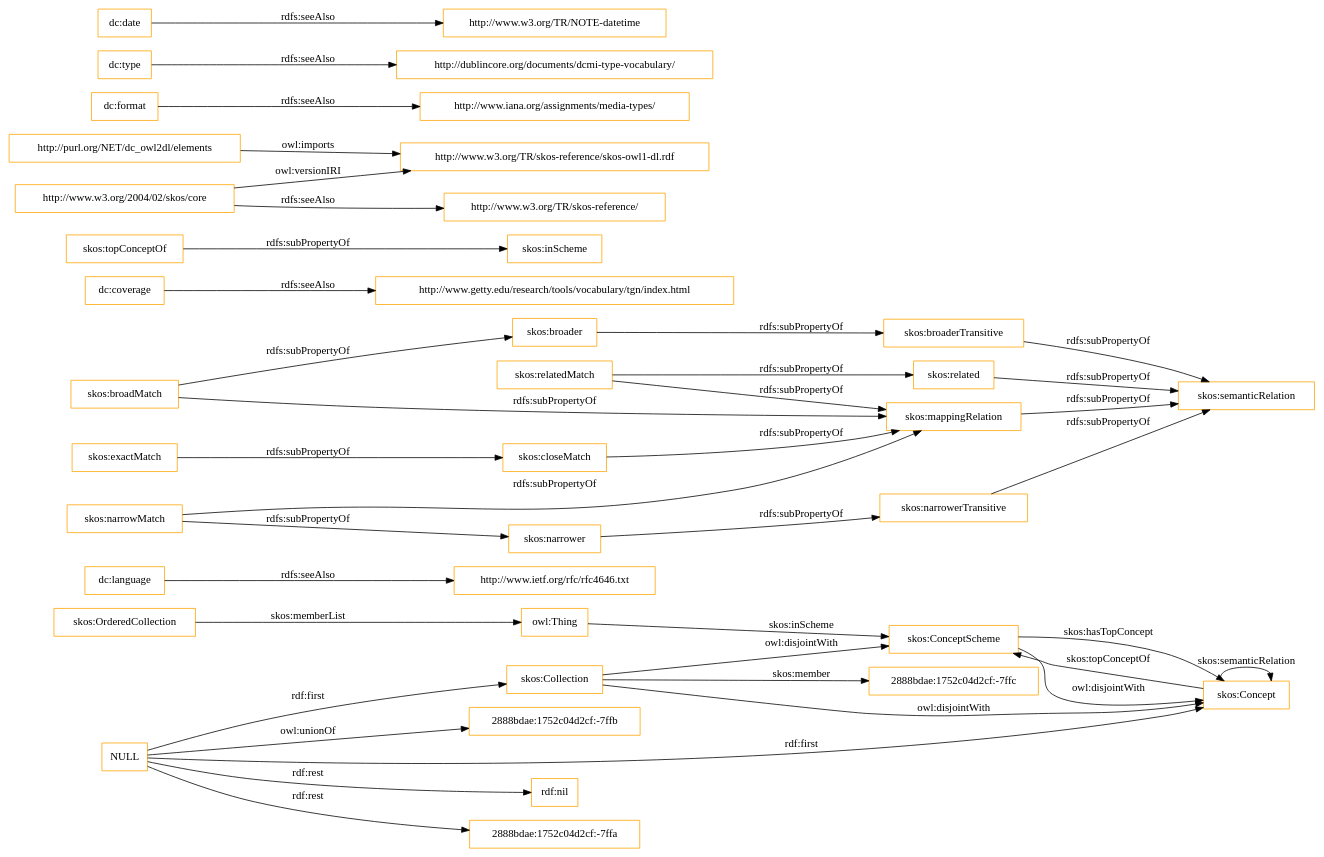
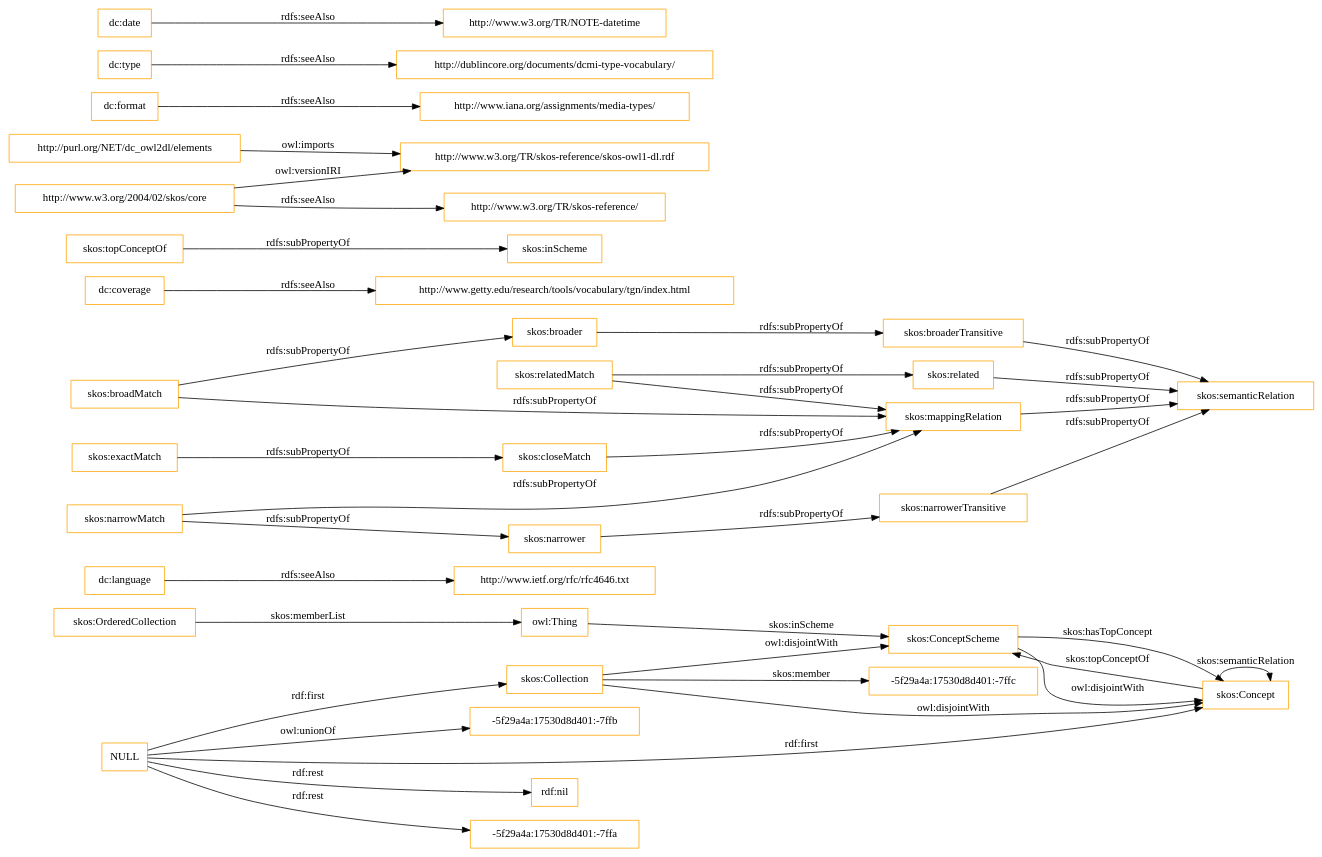
Before and after one commit to OnToologyUser/core-ontology-1: the diagram in OnToology/imports/elements.owl/diagrams/ar2dtool-class/elements.owl.png.dot, drawn with Graphviz. The commit also changed 14 other files, not shown here.

```diff
--- a/OnToology/imports/elements.owl/diagrams/ar2dtool-class/elements.owl.png.dot
+++ b/OnToology/imports/elements.owl/diagrams/ar2dtool-class/elements.owl.png.dot
@@ -1,43 +1,43 @@
 digraph ar2dtool_diagram { 
 rankdir=LR;
 size="1501"
-node [shape = rectangle, color="orange"]; "2888bdae:1752c04d2cf:-7ffc" "skos:OrderedCollection" "skos:Collection" "skos:ConceptScheme" "skos:Concept" ; /*classes style*/
+node [shape = rectangle, color="orange"]; "-5f29a4a:17530d8d401:-7ffc" "skos:OrderedCollection" "skos:Collection" "skos:ConceptScheme" "skos:Concept" ; /*classes style*/
 	"dc:language" -> "http://www.ietf.org/rfc/rfc4646.txt" [ label = "rdfs:seeAlso" ];
 	"NULL" -> "rdf:nil" [ label = "rdf:rest" ];
 	"NULL" -> "skos:Collection" [ label = "rdf:first" ];
-	"NULL" -> "2888bdae:1752c04d2cf:-7ffa" [ label = "rdf:rest" ];
+	"NULL" -> "-5f29a4a:17530d8d401:-7ffa" [ label = "rdf:rest" ];
 	"NULL" -> "skos:Concept" [ label = "rdf:first" ];
-	"NULL" -> "2888bdae:1752c04d2cf:-7ffb" [ label = "owl:unionOf" ];
+	"NULL" -> "-5f29a4a:17530d8d401:-7ffb" [ label = "owl:unionOf" ];
 	"skos:closeMatch" -> "skos:mappingRelation" [ label = "rdfs:subPropertyOf" ];
 	"dc:coverage" -> "http://www.getty.edu/research/tools/vocabulary/tgn/index.html" [ label = "rdfs:seeAlso" ];
 	"skos:relatedMatch" -> "skos:related" [ label = "rdfs:subPropertyOf" ];
 	"skos:relatedMatch" -> "skos:mappingRelation" [ label = "rdfs:subPropertyOf" ];
 	"skos:ConceptScheme" -> "skos:Concept" [ label = "owl:disjointWith" ];
 	"skos:related" -> "skos:semanticRelation" [ label = "rdfs:subPropertyOf" ];
 	"skos:topConceptOf" -> "skos:inScheme" [ label = "rdfs:subPropertyOf" ];
 	"skos:broadMatch" -> "skos:broader" [ label = "rdfs:subPropertyOf" ];
 	"skos:broadMatch" -> "skos:mappingRelation" [ label = "rdfs:subPropertyOf" ];
 	"http://purl.org/NET/dc_owl2dl/elements" -> "http://www.w3.org/TR/skos-reference/skos-owl1-dl.rdf" [ label = "owl:imports" ];
 	"skos:exactMatch" -> "skos:closeMatch" [ label = "rdfs:subPropertyOf" ];
 	"dc:format" -> "http://www.iana.org/assignments/media-types/" [ label = "rdfs:seeAlso" ];
 	"skos:broaderTransitive" -> "skos:semanticRelation" [ label = "rdfs:subPropertyOf" ];
 	"dc:type" -> "http://dublincore.org/documents/dcmi-type-vocabulary/" [ label = "rdfs:seeAlso" ];
 	"skos:broader" -> "skos:broaderTransitive" [ label = "rdfs:subPropertyOf" ];
 	"skos:mappingRelation" -> "skos:semanticRelation" [ label = "rdfs:subPropertyOf" ];
 	"http://www.w3.org/2004/02/skos/core" -> "http://www.w3.org/TR/skos-reference/skos-owl1-dl.rdf" [ label = "owl:versionIRI" ];
 	"http://www.w3.org/2004/02/skos/core" -> "http://www.w3.org/TR/skos-reference/" [ label = "rdfs:seeAlso" ];
 	"skos:Collection" -> "skos:ConceptScheme" [ label = "owl:disjointWith" ];
 	"skos:Collection" -> "skos:Concept" [ label = "owl:disjointWith" ];
 	"skos:narrowMatch" -> "skos:narrower" [ label = "rdfs:subPropertyOf" ];
 	"skos:narrowMatch" -> "skos:mappingRelation" [ label = "rdfs:subPropertyOf" ];
 	"skos:narrower" -> "skos:narrowerTransitive" [ label = "rdfs:subPropertyOf" ];
 	"dc:date" -> "http://www.w3.org/TR/NOTE-datetime" [ label = "rdfs:seeAlso" ];
 	"skos:narrowerTransitive" -> "skos:semanticRelation" [ label = "rdfs:subPropertyOf" ];
 	"skos:OrderedCollection" -> "owl:Thing" [ label = "skos:memberList" ];
 	"skos:Concept" -> "skos:ConceptScheme" [ label = "skos:topConceptOf" ];
 	"skos:Concept" -> "skos:Concept" [ label = "skos:semanticRelation" ];
-	"skos:Collection" -> "2888bdae:1752c04d2cf:-7ffc" [ label = "skos:member" ];
+	"skos:Collection" -> "-5f29a4a:17530d8d401:-7ffc" [ label = "skos:member" ];
 	"skos:ConceptScheme" -> "skos:Concept" [ label = "skos:hasTopConcept" ];
 	"owl:Thing" -> "skos:ConceptScheme" [ label = "skos:inScheme" ];
 
 }
```
